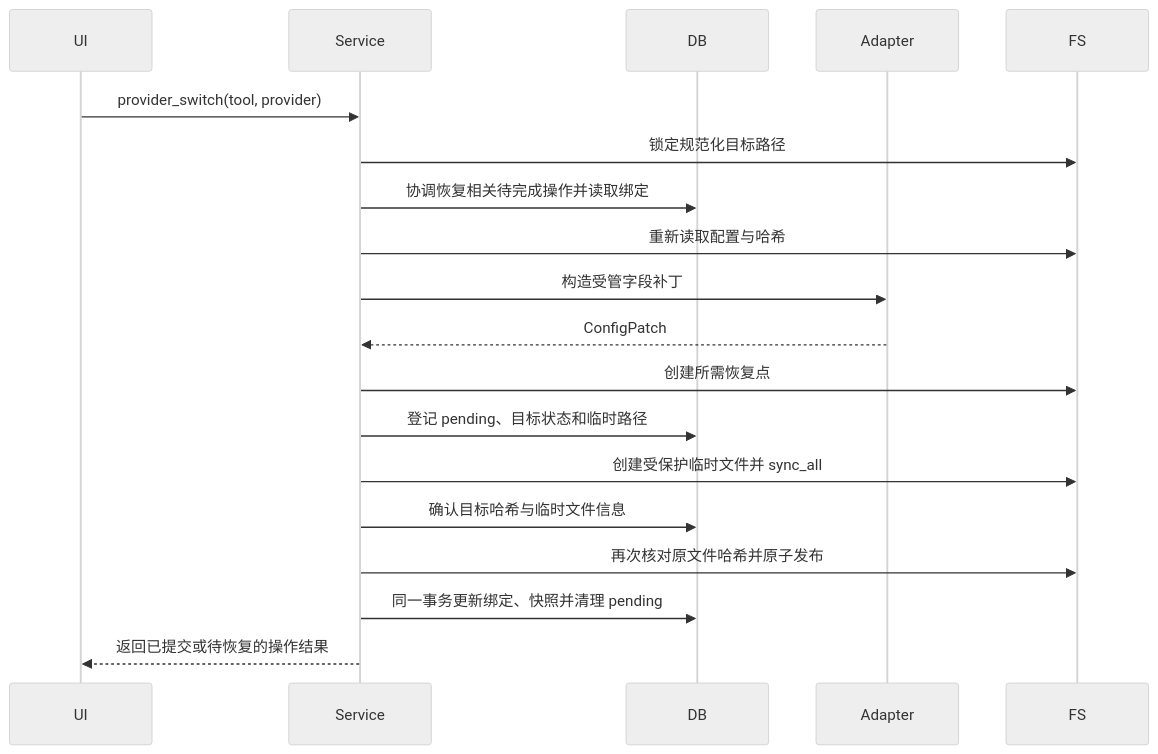
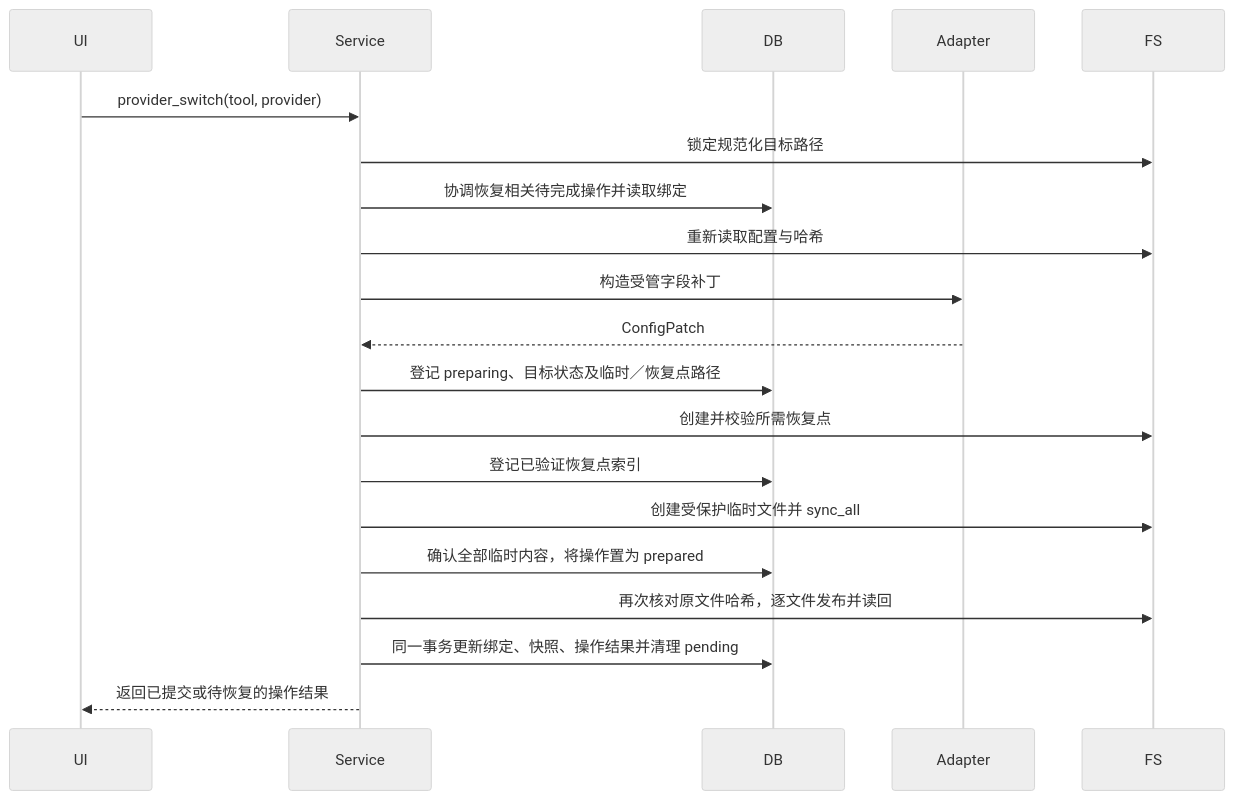
One commit to xiaohaoo/agent-dock changed the second of 2 diagrams in doc/实现方案.md. Above: the diagram before and after it, drawn with Mermaid (neutral theme). The commit also changed other lines of this file, not shown here.

````diff
--- a/doc/实现方案.md
+++ b/doc/实现方案.md
@@ -1055,21 +1330,22 @@
 ```mermaid
 sequenceDiagram
     participant UI
     participant Service
     participant DB
     participant Adapter
     participant FS
     UI ->> Service: provider_switch(tool, provider)
     Service ->> FS: 锁定规范化目标路径
     Service ->> DB: 协调恢复相关待完成操作并读取绑定
     Service ->> FS: 重新读取配置与哈希
     Service ->> Adapter: 构造受管字段补丁
     Adapter -->> Service: ConfigPatch
-    Service ->> FS: 创建所需恢复点
-    Service ->> DB: 登记 pending、目标状态和临时路径
+    Service ->> DB: 登记 preparing、目标状态及临时／恢复点路径
+    Service ->> FS: 创建并校验所需恢复点
+    Service ->> DB: 登记已验证恢复点索引
     Service ->> FS: 创建受保护临时文件并 sync_all
-    Service ->> DB: 确认目标哈希与临时文件信息
-    Service ->> FS: 再次核对原文件哈希并原子发布
-    Service ->> DB: 同一事务更新绑定、快照并清理 pending
+    Service ->> DB: 确认全部临时内容，将操作置为 prepared
+    Service ->> FS: 再次核对原文件哈希，逐文件发布并读回
+    Service ->> DB: 同一事务更新绑定、快照、操作结果并清理 pending
     Service -->> UI: 返回已提交或待恢复的操作结果
 ```
````
